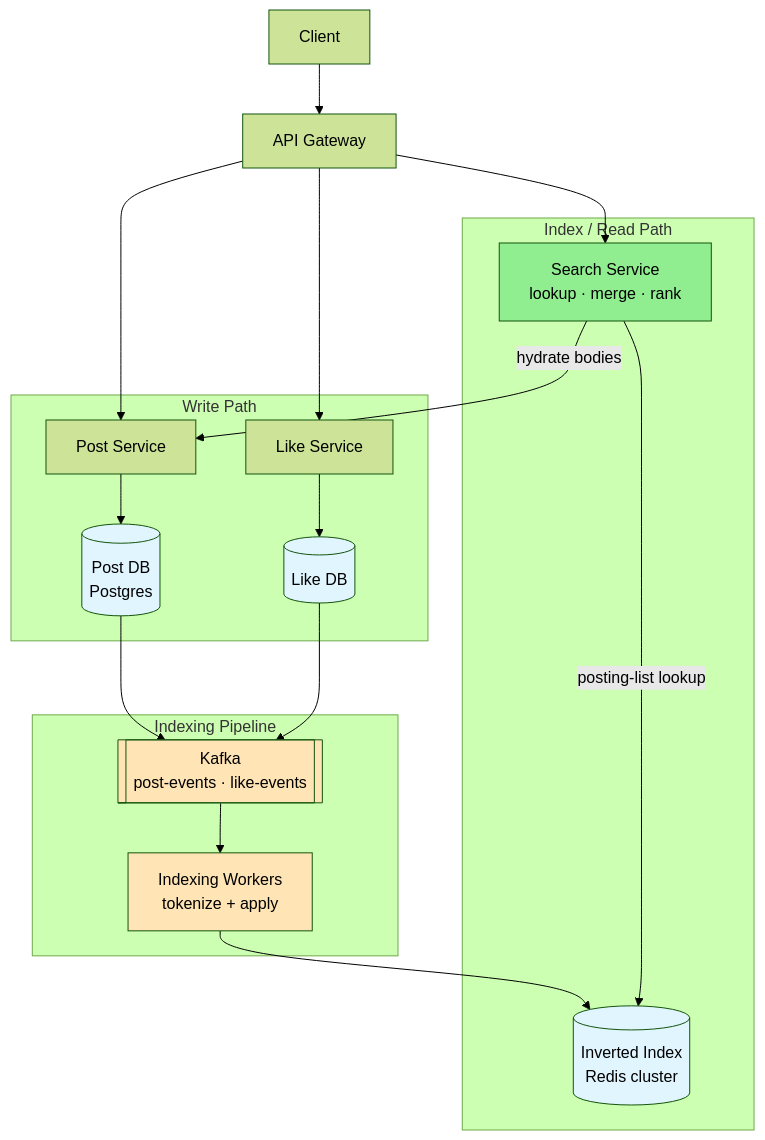
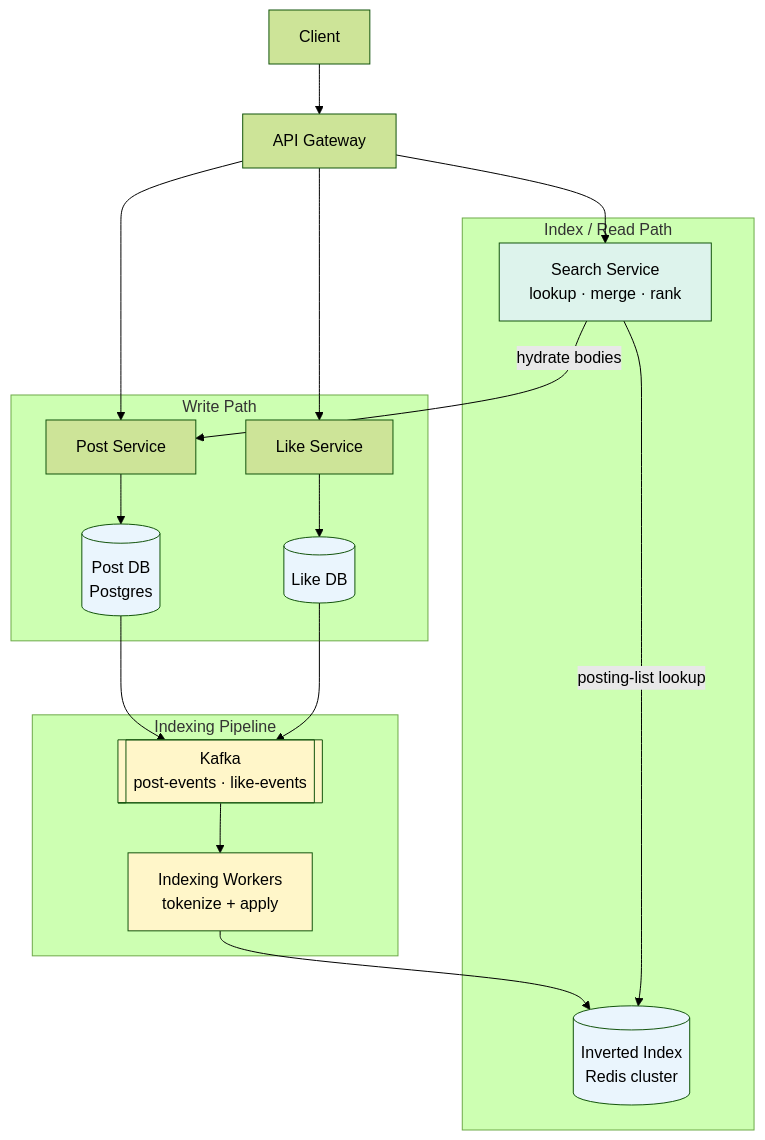
The second of 6 diagrams in LLD/questions/Design FB Post Search.md (cartmancodes/InterviewVault), drawn with Mermaid (forest theme) before and after one commit. The commit also changed other lines of this file and 679 other files, not shown here.

Commit message:
Unify content diagrams and add accessible visual walkthroughs

````diff
--- a/LLD/questions/Design FB Post Search.md
+++ b/LLD/questions/Design FB Post Search.md
@@ -140,42 +140,42 @@
 ```mermaid
 graph TB
     Client[Client]
     GW[API Gateway]
 
     subgraph "Write Path"
         PS[Post Service]
         LS[Like Service]
         PDB[(Post DB<br/>Postgres)]
         LDB[(Like DB)]
     end
 
     subgraph "Indexing Pipeline"
         KAFKA[[Kafka<br/>post-events · like-events]]
         IW[Indexing Workers<br/>tokenize + apply]
     end
 
     subgraph "Index / Read Path"
         IDX[(Inverted Index<br/>Redis cluster)]
         SS[Search Service<br/>lookup · merge · rank]
     end
 
     Client --> GW
     GW --> PS
     GW --> LS
     GW --> SS
     PS --> PDB
     LS --> LDB
     PDB --> KAFKA
     LDB --> KAFKA
     KAFKA --> IW
     IW --> IDX
     SS -->|posting-list lookup| IDX
     SS -->|hydrate bodies| PS
 
-    style IDX fill:#e1f5ff
-    style PDB fill:#e1f5ff
-    style LDB fill:#e1f5ff
-    style KAFKA fill:#FFE4B5
-    style IW fill:#FFE4B5
-    style SS fill:#90EE90
+    style IDX fill:#EAF5FD
+    style PDB fill:#EAF5FD
+    style LDB fill:#EAF5FD
+    style KAFKA fill:#FFF6C9
+    style IW fill:#FFF6C9
+    style SS fill:#DDF3EC
 ```
````
